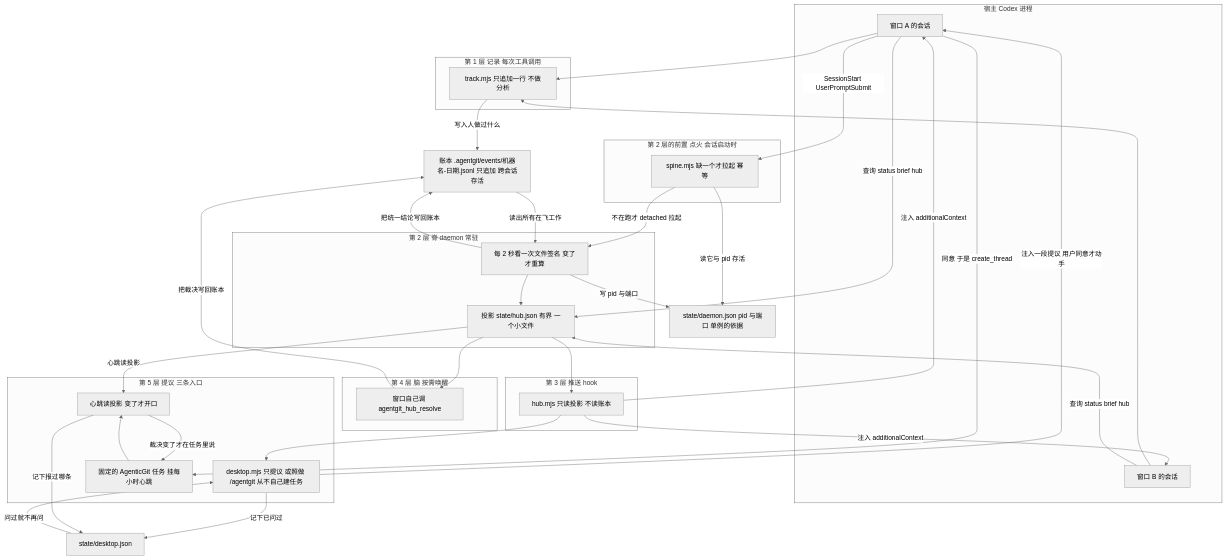
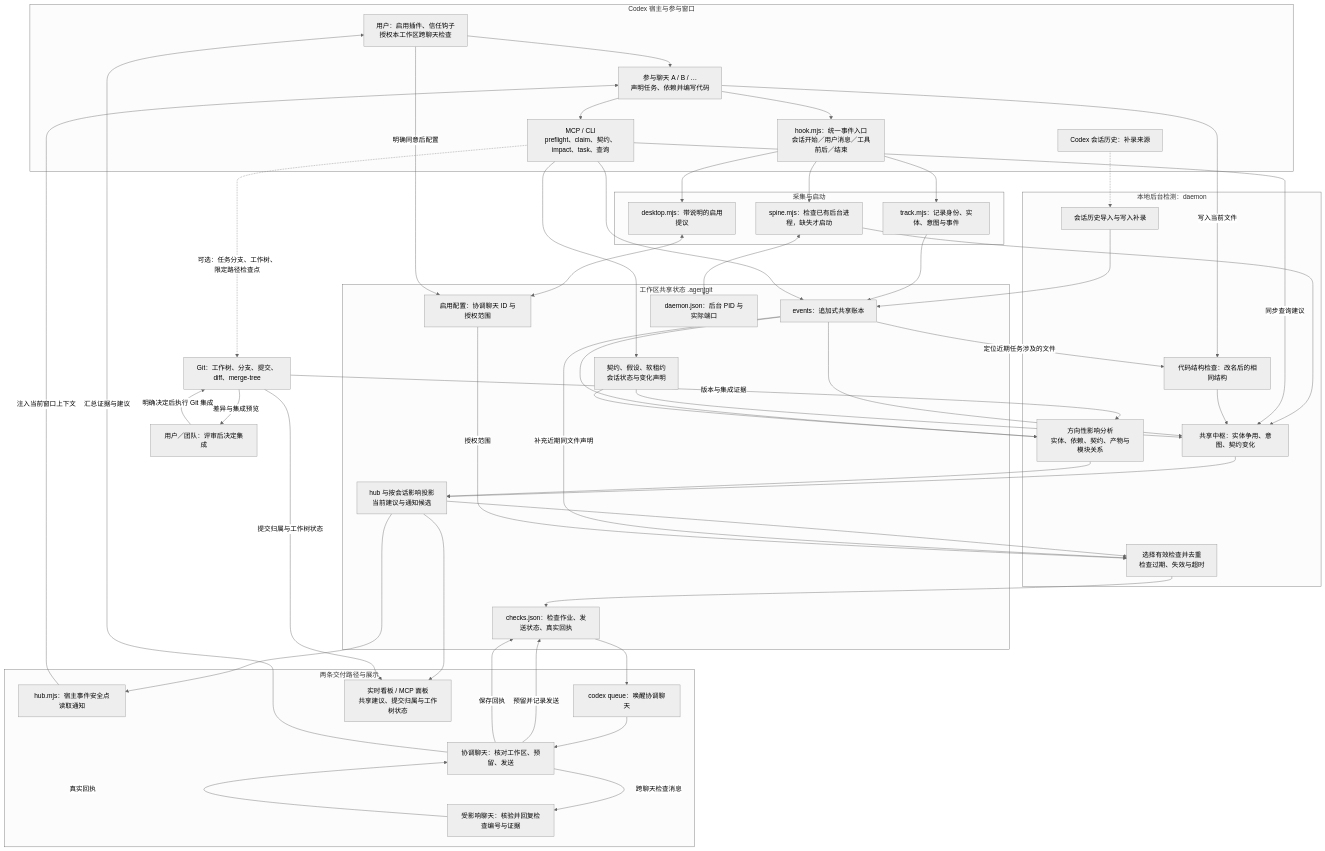
One commit to yiweiqin/agentgit changed the first of 2 diagrams in docs/ARCHITECTURE.zh-cn.md. Above: the diagram before and after it, drawn with Mermaid (neutral theme). The commit also changed other lines of this file and 25 other files, not shown here.

First line of the commit message:
feat: add source-structure duplicate checks and rewrite user-facing docs

````diff
--- a/docs/ARCHITECTURE.zh-cn.md
+++ b/docs/ARCHITECTURE.zh-cn.md
@@ -24,65 +9,79 @@
 ```mermaid
 flowchart TB
-  subgraph host [宿主 Codex 进程]
-    WinA["窗口 A 的会话"]
-    WinB["窗口 B 的会话"]
+  subgraph Host["Codex 宿主与参与窗口"]
+    User["用户：启用插件、信任钩子<br/>授权本工作区跨聊天检查"]
+    Chats["参与聊天 A / B / …<br/>声明任务、依赖并编写代码"]
+    Hooks["hook.mjs：统一事件入口<br/>会话开始／用户消息／工具前后／结束"]
+    Tools["MCP / CLI<br/>preflight、claim、契约、impact、task、查询"]
+    History["Codex 会话历史：补录来源"]
   end
-
-  subgraph layer1 [第 1 层 记录 每次工具调用]
-    Track["track.mjs 只追加一行 不做分析"]
+  subgraph Capture["采集与启动"]
+    Track["track.mjs：记录身份、实体、意图与事件"]
+    Boot["spine.mjs：检查已有后台进程，缺失才启动"]
+    Offer["desktop.mjs：带说明的启用提议"]
   end
-
-  subgraph boot [第 2 层的前置 点火 会话启动时]
-    Boot["spine.mjs 缺一个才拉起 幂等"]
+  subgraph Store["工作区共享状态 .agentgit"]
+    Ledger["events：追加式共享账本"]
+    Facts["契约、假设、软租约<br/>会话状态与变化声明"]
+    Desktop["启用配置：协调聊天 ID 与授权范围"]
+    Endpoint["daemon.json：后台 PID 与实际端口"]
+    Projection["hub 与按会话影响投影<br/>当前建议与通知候选"]
+    Queue["checks.json：检查作业、发送状态、真实回执"]
   end
-
-  Ledger["账本 .agentgit/events/机器名-日期.jsonl 只追加 跨会话存活"]
-
-  subgraph layer2 [第 2 层 脊 daemon 常驻]
-    Spine["每 2 秒看一次文件签名 变了才重算"]
-    Proj["投影 state/hub.json 有界 一个小文件"]
+  subgraph Analyze["本地后台检测：daemon"]
+    Adopt["会话历史导入与写入补录"]
+    Hub["共享中枢：实体争用、意图、契约变化"]
+    Clone["代码结构检查：改名后的相同结构"]
+    Impact["方向性影响分析<br/>实体、依赖、契约、产物与模块关系"]
+    Jobs["选择有效检查并去重<br/>检查过期、失效与超时"]
   end
-
-  Ep["state/daemon.json pid 与端口 单例的依据"]
-
-  subgraph layer3 [第 3 层 推送 hook]
-    Push["hub.mjs 只读投影 不读账本"]
+  subgraph Delivery["两条交付路径与展示"]
+    Safe["hub.mjs：宿主事件安全点读取通知"]
+    Wake["codex queue：唤醒协调聊天"]
+    Coord["协调聊天：核对工作区、预留、发送"]
+    Reply["受影响聊天：核验并回复检查编号与证据"]
+    Panel["实时看板 / MCP 面板<br/>共享建议、提交归属与工作树状态"]
   end
-
-  subgraph layer4 [第 4 层 脑 按需唤醒]
-    Brain["窗口自己调 agentgit_hub_resolve"]
-  end
-
-  subgraph layer5 [第 5 层 提议 三条入口]
-    Offer["desktop.mjs 只提议 或照做 /agentgit 从不自己建任务"]
-    Task["固定的 AgenticGit 任务 挂每小时心跳"]
-    Watch["心跳读投影 变了才开口"]
-  end
-
-  WinA --> Track
-  WinB --> Track
-  Track -->|"写入人做过什么"| Ledger
-  WinA -->|"SessionStart UserPromptSubmit"| Boot
-  Boot -->|"读它与 pid 存活"| Ep
-  Boot -->|"不在跑才 detached 拉起"| Spine
-  Spine -->|"写 pid 与端口"| Ep
-  Ledger -->|"读出所有在飞工作"| Spine
-  Spine -->|"把统一结论写回账本"| Ledger
-  Spine --> Proj
-  Proj --> Push
-  Push -->|"注入 additionalContext"| WinA
-  Push -->|"注入 additionalContext"| WinB
-  Brain -->|"把裁决写回账本"| Ledger
-  Proj --> Brain
-  WinA -->|"查询 status brief hub"| Proj
-  WinB -->|"查询 status brief hub"| Proj
-  Push --> Offer
-  Offer -->|"注入一段提议 用户同意才动手"| WinA
-  Offer -->|"记下已问过"| Dstate["state/desktop.json"]
-  Dstate -->|"问过就不再问"| Offer
-  WinA -->|"同意 于是 create_thread"| Task
-  Task --> Watch
-  Proj -->|"心跳读投影"| Watch
-  Watch -->|"裁决变了才在任务里说"| Task
-  Watch -->|"记下报过哪条"| Dstate
+  Git["Git：工作树、分支、提交、diff、merge-tree"]
+  Human["用户／团队：评审后决定集成"]
+  User --> Chats
+  Chats --> Hooks
+  Chats --> Tools
+  Hooks --> Track --> Ledger
+  Hooks --> Boot
+  Hooks --> Offer
+  Boot <--> Endpoint
+  Boot --> Hub
+  Offer <--> Desktop
+  User -->|"明确同意后配置"| Desktop
+  Tools --> Ledger
+  Tools --> Facts
+  Tools -->|"同步查询建议"| Hub
+  History -.-> Adopt --> Ledger
+  Ledger --> Hub
+  Facts --> Hub
+  Chats -->|"写入当前文件"| Clone
+  Ledger -->|"定位近期任务涉及的文件"| Clone
+  Clone --> Hub
+  Ledger --> Impact
+  Facts --> Impact
+  Git -->|"版本与集成证据"| Impact
+  Hub --> Projection
+  Impact --> Projection
+  Projection --> Safe -->|"注入当前窗口上下文"| Chats
+  Projection --> Jobs
+  Ledger -->|"补充近期同文件声明"| Jobs
+  Desktop -->|"授权范围"| Jobs
+  Jobs --> Queue
+  Queue --> Wake --> Coord
+  Coord -->|"预留并记录发送"| Queue
+  Coord -->|"跨聊天检查消息"| Reply
+  Reply -->|"真实回执"| Coord
+  Coord -->|"保存回执"| Queue
+  Coord -->|"汇总证据与建议"| User
+  Projection --> Panel
+  Git -->|"提交归属与工作树状态"| Panel
+  Tools -.->|"可选：任务分支、工作树、限定路径检查点"| Git
+  Git -->|"差异与集成预览"| Human
+  Human -->|"明确决定后执行 Git 集成"| Git
 ```
````
